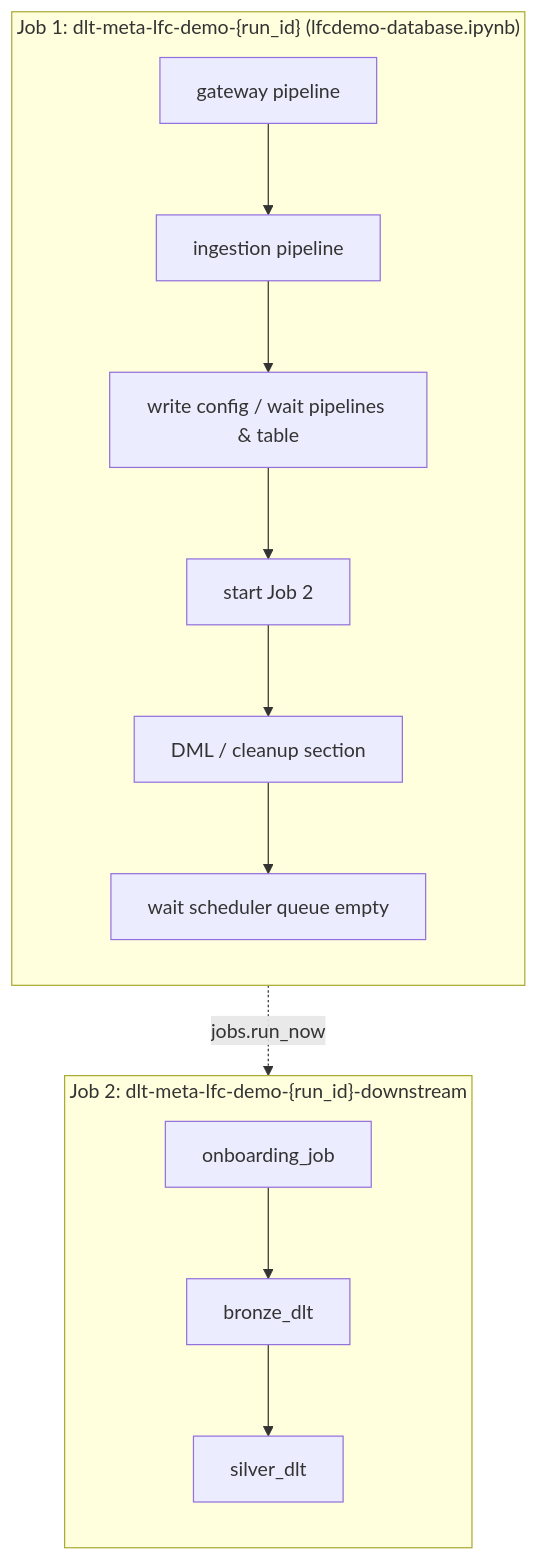
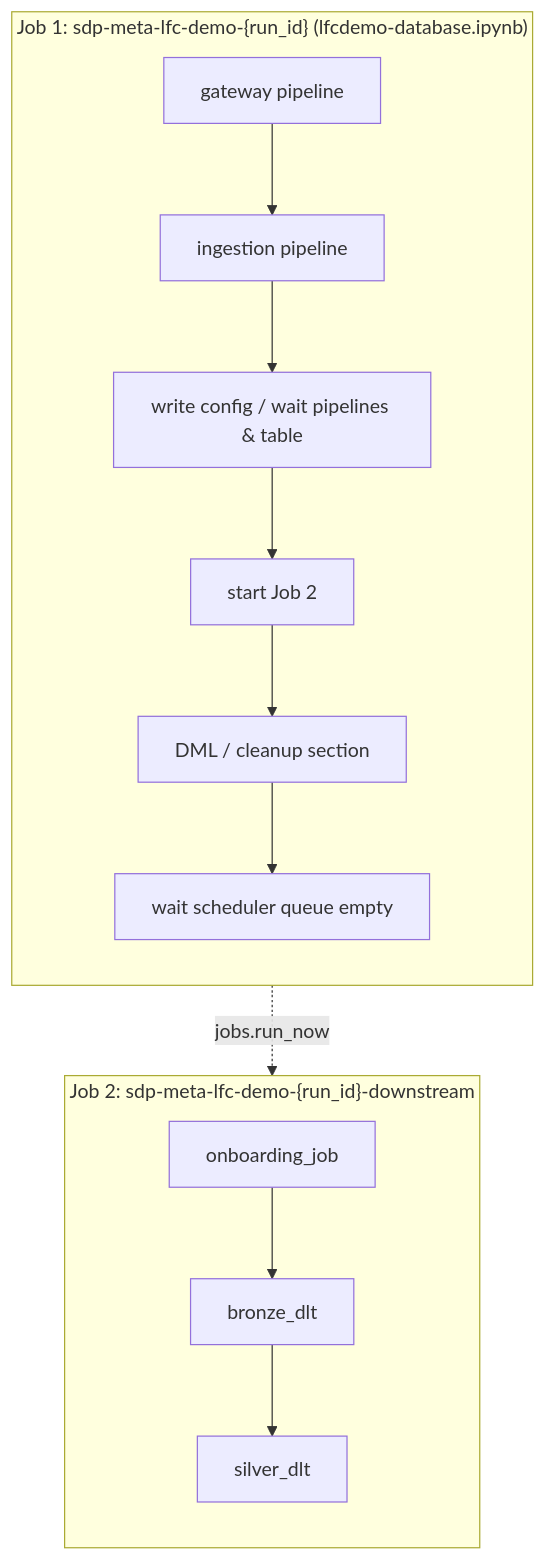
The diagram in docs/content/demo/LakeflowConnectDemo.md (wahajahmed010/dlt-meta), drawn with Mermaid before and after one commit. The commit also changed other lines of this file and 8 other files, not shown here.

Commit message:
https://github.com/databrickslabs/dlt-meta/issues/266

````diff
--- a/docs/content/demo/LakeflowConnectDemo.md
+++ b/docs/content/demo/LakeflowConnectDemo.md
@@ -170,23 +272,23 @@
 ```mermaid
 flowchart TB
-  subgraph J1["Job 1: dlt-meta-lfc-demo-{run_id} (lfcdemo-database.ipynb)"]
+  subgraph J1["Job 1: sdp-meta-lfc-demo-{run_id} (lfcdemo-database.ipynb)"]
     direction TB
     A[gateway pipeline]
     B[ingestion pipeline]
     C[write config / wait pipelines & table]
     D[start Job 2]
     E[DML / cleanup section]
     F[wait scheduler queue empty]
     A --> B --> C --> D --> E --> F
   end
 
-  subgraph J2["Job 2: dlt-meta-lfc-demo-{run_id}-downstream"]
+  subgraph J2["Job 2: sdp-meta-lfc-demo-{run_id}-downstream"]
     direction TB
     G[onboarding_job]
     H[bronze_dlt]
     I[silver_dlt]
     G --> H --> I
   end
 
   D -.->|jobs.run_now| G
 ```
````
